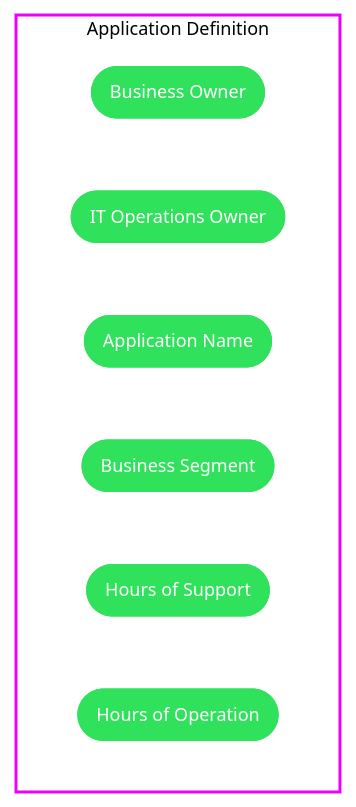
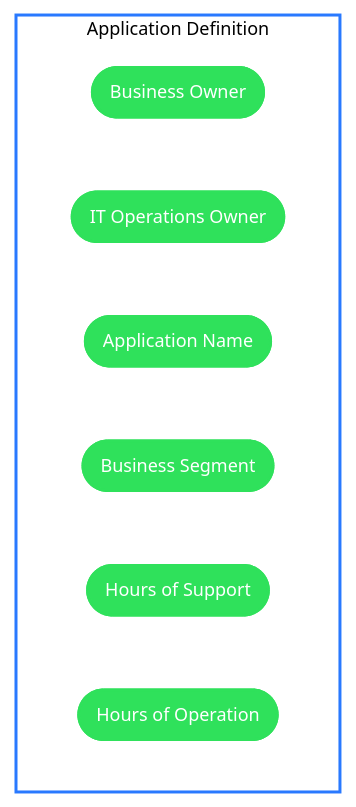
One commit to dermotreynolds/data.io.docs changed the first of 4 diagrams in design/cloud-deployment-design.md. Above: the diagram before and after it, drawn with Mermaid.

Commit message:
added resources

````diff
--- a/design/cloud-deployment-design.md
+++ b/design/cloud-deployment-design.md
@@ -37,15 +37,15 @@
 ```mermaid
 flowchart TD
 
    subgraph Group0[Application Definition]
         1([Business Owner]):::LocationClass
         2([IT Operations Owner]):::LocationClass
         3([Application Name]):::LocationClass
         4([Business Segment]):::LocationClass
         5([Hours of Support]):::LocationClass
         6([Hours of Operation]):::LocationClass
    end
    class Group0 GroupClass
    classDef LocationClass fill:#2FE15B, stroke:#2FE15B, stroke-width:2px, font-size:12px, color:white, 
-   classDef GroupClass fill:white,stroke:#E900FF,stroke-width:2px, stroke-dasharray: 0,font-size: 12px, color:black, padding-left:0em;
+   classDef GroupClass fill:white,stroke:#2979ff,stroke-width:2px, stroke-dasharray: 0,font-size: 12px, color:black, padding-left:0em;
 ```
````
